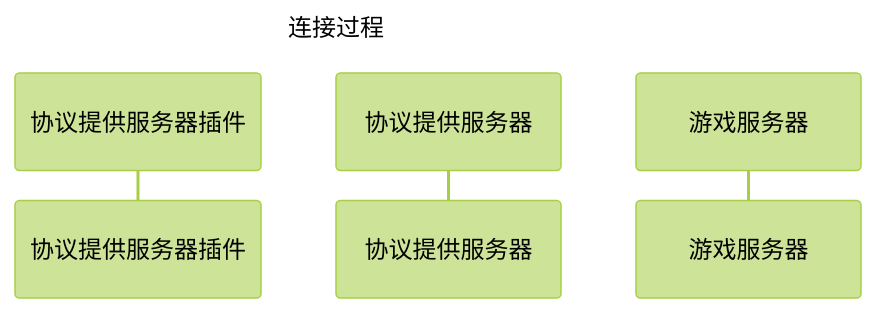
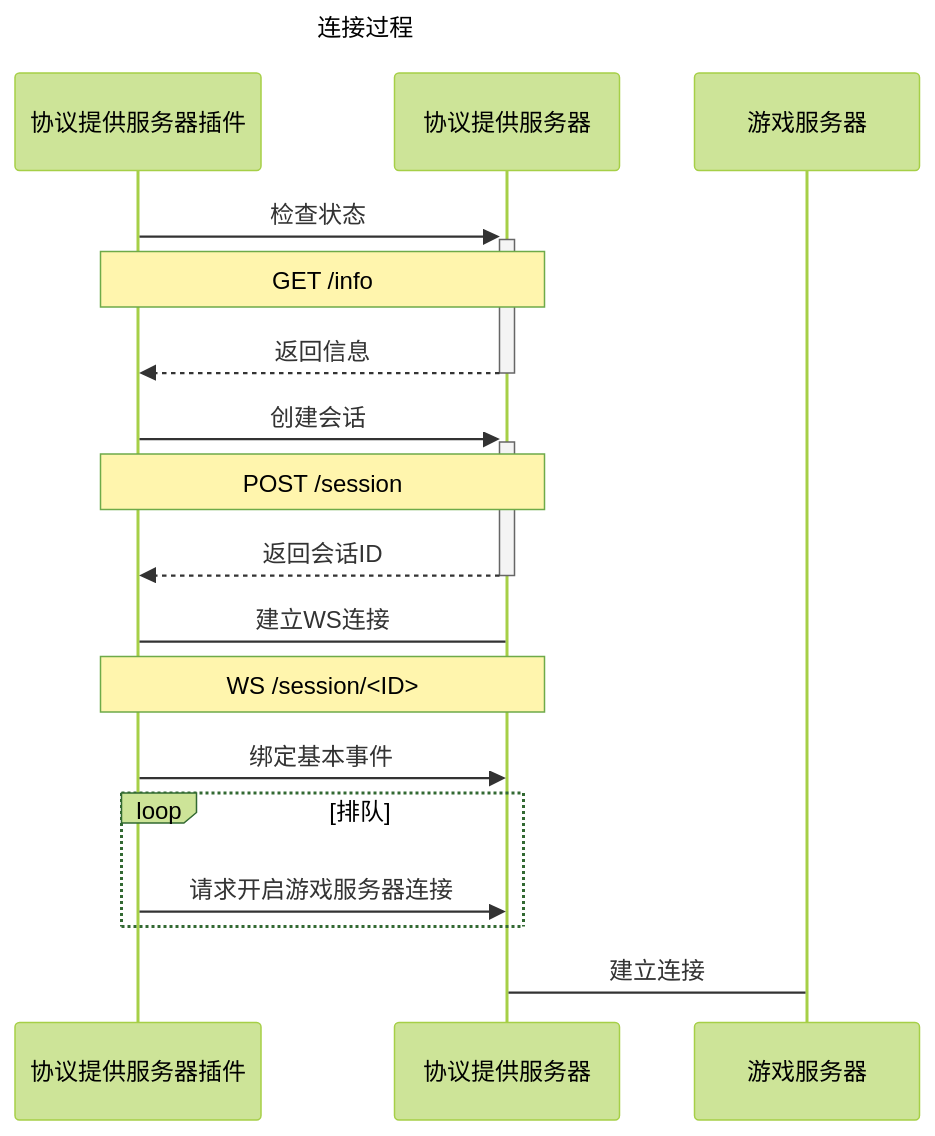
One commit to Cdm2883/MineChat-Docs changed the second of 2 diagrams in builtin/protocol/protocol-server.md. Above: the diagram before and after it, drawn with Mermaid (forest theme). The commit also changed other lines of this file, not shown here.

````diff
--- a/builtin/protocol/protocol-server.md
+++ b/builtin/protocol/protocol-server.md
@@ -52,9 +51,27 @@
 ```mermaid
 ---
 title: 连接过程
 ---
 sequenceDiagram
     participant plugin as 协议提供服务器插件
     participant protocol_server as 协议提供服务器
     participant server as 游戏服务器
+    
+    plugin ->>+ protocol_server: 检查状态
+    Note over plugin, protocol_server: GET /info
+    protocol_server -->>- plugin: 返回信息
+    
+    plugin ->>+ protocol_server: 创建会话
+    Note over plugin, protocol_server: POST /session
+    protocol_server -->>- plugin: 返回会话ID
+
+    plugin -> protocol_server: 建立WS连接
+    Note over plugin, protocol_server: WS /session/<ID>
+
+    plugin ->> protocol_server: 绑定基本事件
+    loop 排队
+        plugin ->> protocol_server: 请求开启游戏服务器连接
+    end
+
+    protocol_server -> server: 建立连接
 ```
````
